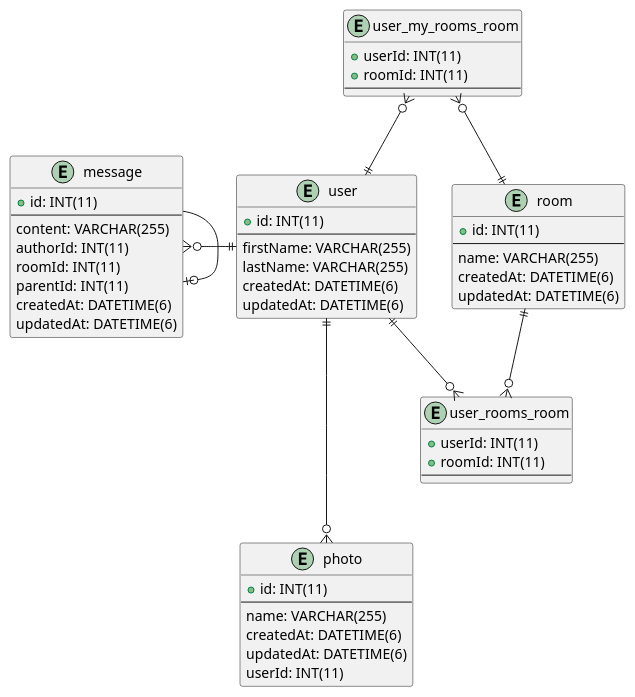
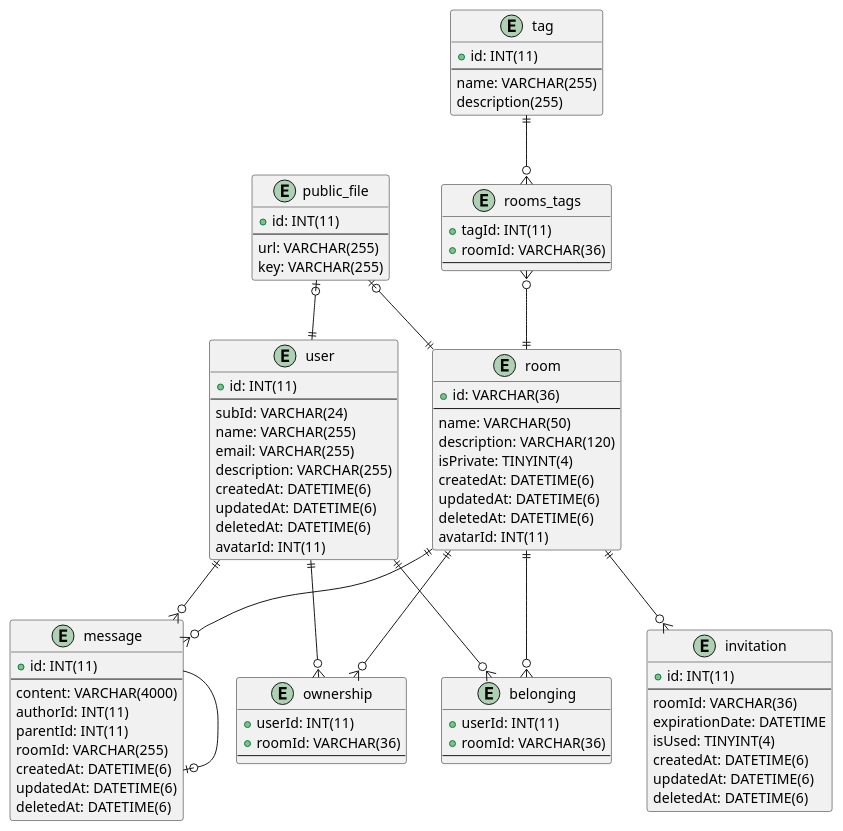
Before and after one commit to Fanta335/dev-meetup-backend: the diagram in api/er-diagram.pu, drawn with PlantUML.

Commit message:
Update ER diagram

```diff
--- a/api/er-diagram.pu
+++ b/api/er-diagram.pu
@@ -1,60 +1,95 @@
 @startuml er
 entity "user" {
   +id: INT(11)
   --
-  firstName: VARCHAR(255)
-  lastName: VARCHAR(255)
+  subId: VARCHAR(24)
+  name: VARCHAR(255)
+  email: VARCHAR(255)
+  description: VARCHAR(255)
   createdAt: DATETIME(6)
   updatedAt: DATETIME(6)
+  deletedAt: DATETIME(6)
+  avatarId: INT(11)
 }
 
 entity "message" {
   +id: INT(11)
   --
-  content: VARCHAR(255)
+  content: VARCHAR(4000)
   authorId: INT(11)
-  roomId: INT(11)
   parentId: INT(11)
+  roomId: VARCHAR(255)
   createdAt: DATETIME(6)
   updatedAt: DATETIME(6)
+  deletedAt: DATETIME(6)
 }
 
 entity "room" {
+  +id: VARCHAR(36)
+  --
+  name: VARCHAR(50)
+  description: VARCHAR(120)
+  isPrivate: TINYINT(4)
+  createdAt: DATETIME(6)
+  updatedAt: DATETIME(6)
+  deletedAt: DATETIME(6)
+  avatarId: INT(11)
+}
+
+entity "ownership" {
+  +userId: INT(11)
+  +roomId: VARCHAR(36)
+  --
+}
+
+entity "belonging" {
+  +userId: INT(11)
+  +roomId: VARCHAR(36)
+  --
+}
+
+entity "public_file" {
+  +id: INT(11)
+  --
+  url: VARCHAR(255)
+  key: VARCHAR(255)
+}
+
+entity "tag" {
   +id: INT(11)
   --
   name: VARCHAR(255)
-  createdAt: DATETIME(6)
-  updatedAt: DATETIME(6)
+  description(255)
 }
 
-entity "photo" {
-  +id: INT(11)
-  --
-  name: VARCHAR(255)
-  createdAt: DATETIME(6)
-  updatedAt: DATETIME(6)
-  userId: INT(11)
-}
-
-entity "user_rooms_room" {
-  +userId: INT(11)
-  +roomId: INT(11)
+entity "rooms_tags" {
+  +tagId: INT(11)
+  +roomId: VARCHAR(36)
   --
 }
 
-entity "user_my_rooms_room" {
-  +userId: INT(11)
-  +roomId: INT(11)
+entity "invitation" {
+  +id: INT(11)
   --
+  roomId: VARCHAR(36)
+  expirationDate: DATETIME
+  isUsed: TINYINT(4)
+  createdAt: DATETIME(6)
+  updatedAt: DATETIME(6)
+  deletedAt: DATETIME(6)
 }
 
-user ||---o{ photo
-user ||--o{ user_rooms_room
-room ||--o{ user_rooms_room
-user ||-u-o{ user_my_rooms_room
-room ||-u-o{ user_my_rooms_room
-user ||-l-o{ message
+user ||-u-o| public_file
+user ||--o{ ownership
+room ||--o{ ownership
+user ||--o{ belonging
+room ||--o{ belonging
+user ||--o{ message
 message --o| message
-
+room ||--o{ message
+room ||-u-o| public_file
+tag ||--o{ rooms_tags
+room ||-u-o{ rooms_tags
+room ||--o{ invitation
 
 @enduml
```
